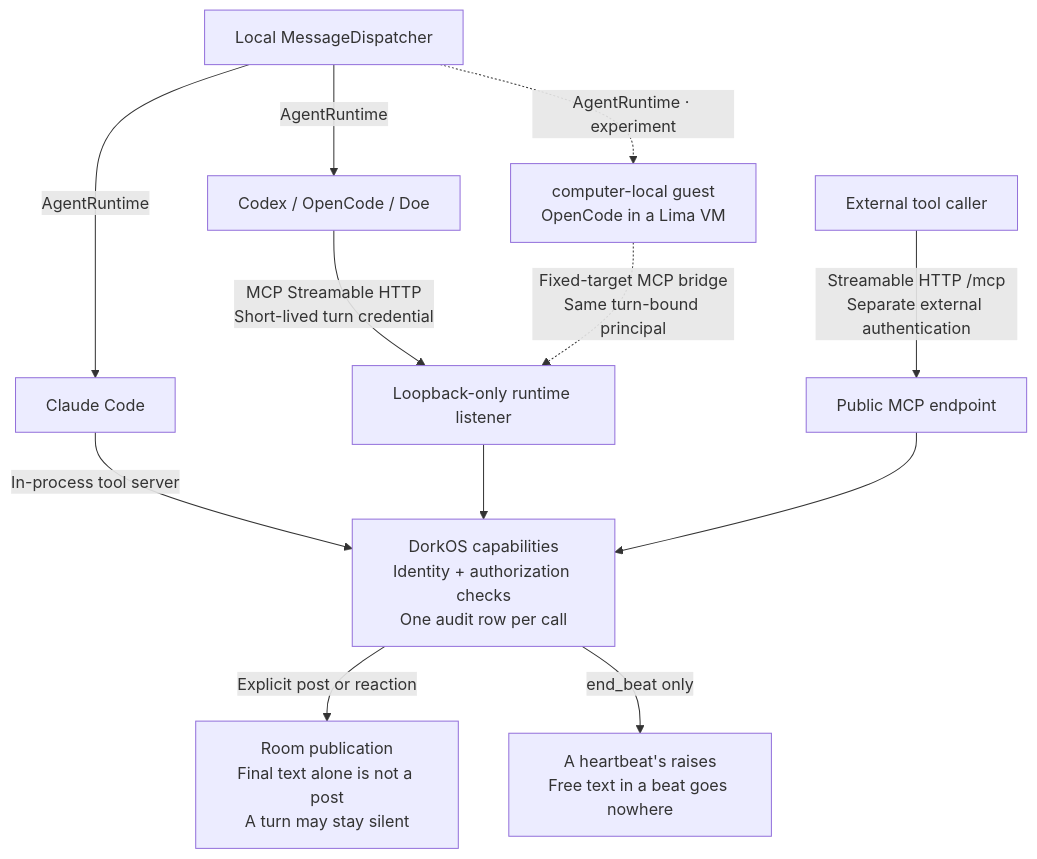
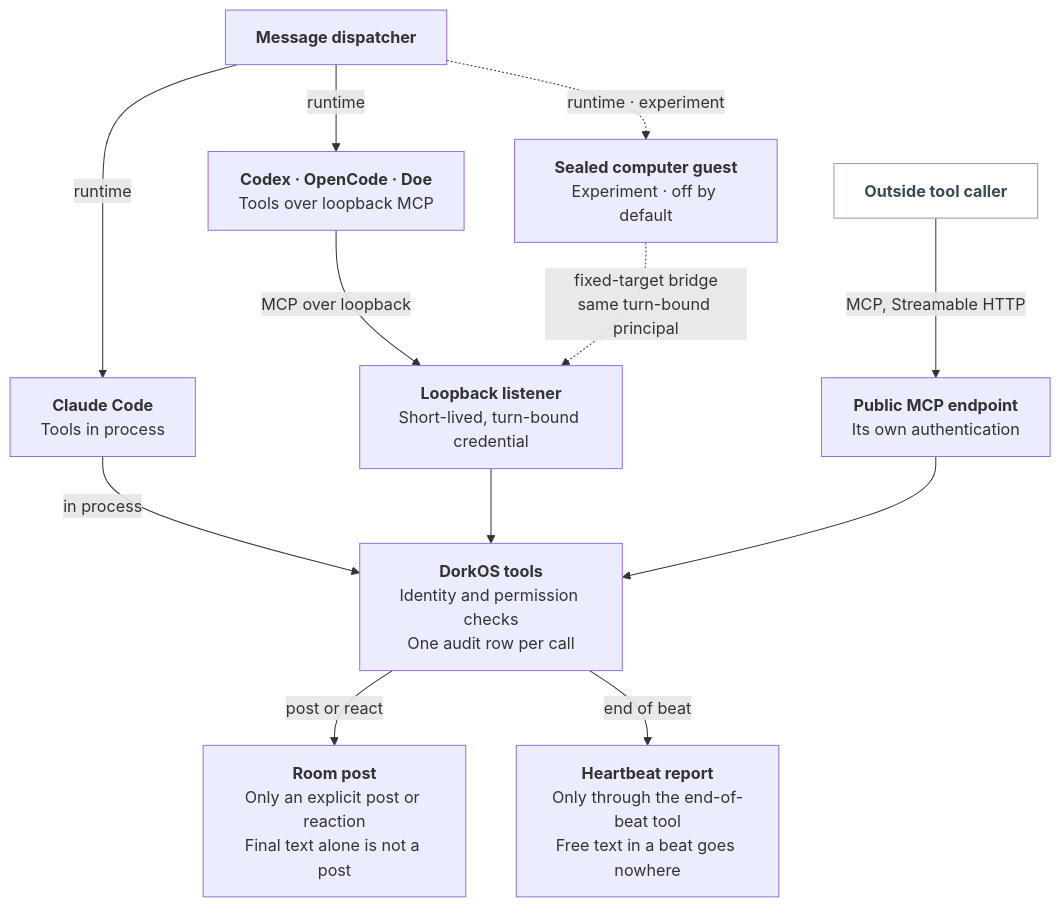
One commit to dork-labs/dorkos changed the diagram in contributing/diagrams/architecture/runtime-tools.mmd. Above: the diagram before and after it, drawn with Mermaid. The commit also changed 16 other files, not shown here.

First line of the commit message:
docs(architecture): restyle the diagrams: ELK layout, bold names with one detail line, one status key

```diff
--- a/contributing/diagrams/architecture/runtime-tools.mmd
+++ b/contributing/diagrams/architecture/runtime-tools.mmd
@@ -1,14 +1,29 @@
 flowchart TB
   accTitle: Runtime execution and tool access
-  accDescr: The local server starts runtimes separately from providing tools. Claude Code calls DorkOS tools in process; agent-bound Codex, OpenCode and Doe turns use a loopback MCP listener with turn-bound credentials; the computer-local experiment reaches the same listener through a fixed-target bridge into its guest. Doe also assembles local engine tools. Room speech requires a tool action. External MCP has separate authentication. Every tool call writes one audit row.
-  dispatch["Local MessageDispatcher"] -->|"AgentRuntime"| claude["Claude Code"]
-  dispatch -->|"AgentRuntime"| other["Codex / OpenCode / Doe"]
-  dispatch -.->|"AgentRuntime · experiment"| vm["computer-local guest<br/>OpenCode in a Lima VM"]
-  claude -->|"In-process tool server"| tools["DorkOS capabilities<br/>Identity + authorization checks<br/>One audit row per call"]
-  other -->|"MCP Streamable HTTP<br/>Short-lived turn credential"| loopback["Loopback-only runtime listener"]
-  vm -.->|"Fixed-target MCP bridge<br/>Same turn-bound principal"| loopback
+  accDescr: The local server starts runtimes separately from providing tools. Claude Code calls DorkOS tools in process; agent-bound Codex, OpenCode and Doe turns use a loopback MCP listener with turn-bound credentials; the sealed-computer experiment reaches the same listener through a fixed-target bridge into its guest. Room speech requires a tool action. External MCP has separate authentication. Every tool call writes one audit row.
+
+  dispatch["<b>Message dispatcher</b>"]
+  claude["<b>Claude Code</b><br/><span class='d'>Tools in process</span>"]
+  other["<b>Codex · OpenCode · Doe</b><br/><span class='d'>Tools over loopback MCP</span>"]
+  vm["<b>Sealed computer guest</b><br/><span class='d'>Experiment · off by default</span>"]
+  loopback["<b>Loopback listener</b><br/><span class='d'>Short-lived, turn-bound credential</span>"]
+  tools["<b>DorkOS tools</b><br/><span class='d'>Identity and permission checks<br/>One audit row per call</span>"]
+  external["<b>Outside tool caller</b>"]
+  public["<b>Public MCP endpoint</b><br/><span class='d'>Its own authentication</span>"]
+  room["<b>Room post</b><br/><span class='d'>Only an explicit post or reaction<br/>Final text alone is not a post</span>"]
+  beat["<b>Heartbeat report</b><br/><span class='d'>Only through the end-of-beat tool<br/>Free text in a beat goes nowhere</span>"]
+
+  dispatch -->|"runtime"| claude
+  dispatch -->|"runtime"| other
+  dispatch -.->|"runtime · experiment"| vm
+  claude -->|"in process"| tools
+  other -->|"MCP over loopback"| loopback
+  vm -.->|"fixed-target bridge<br/><span class='d'>same turn-bound principal</span>"| loopback
   loopback --> tools
-  external["External tool caller"] -->|"Streamable HTTP /mcp<br/>Separate external authentication"| public["Public MCP endpoint"]
+  external -->|"MCP, Streamable HTTP"| public
   public --> tools
-  tools -->|"Explicit post or reaction"| room["Room publication<br/>Final text alone is not a post<br/>A turn may stay silent"]
-  tools -->|"end_beat only"| beat["A heartbeat's raises<br/>Free text in a beat goes nowhere"]
+  tools -->|"post or react"| room
+  tools -->|"end of beat"| beat
+
+  classDef external fill:#ffffff,stroke:#8a9bab,color:#3b4a58
+  class external external
```
